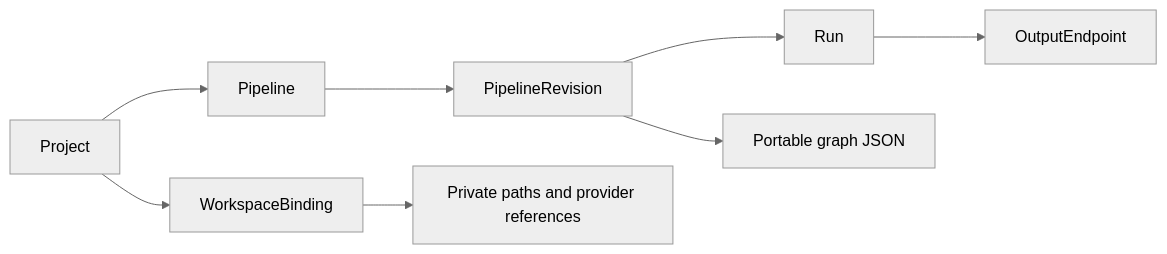
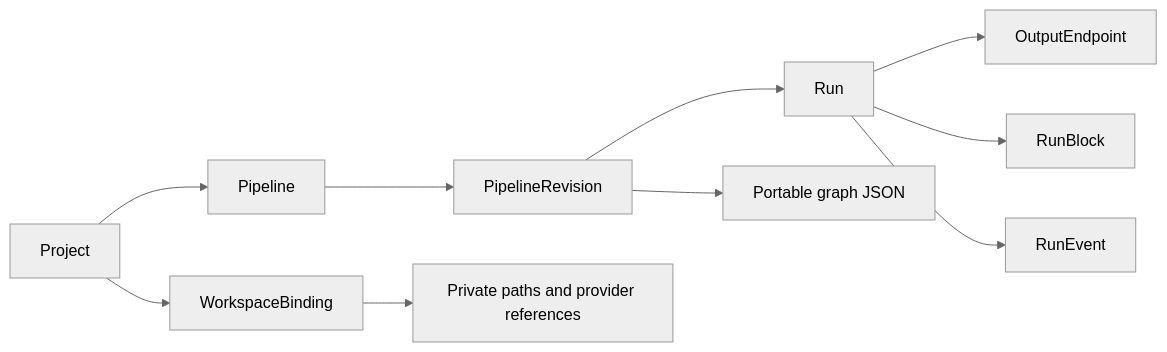
The second of 2 diagrams in docs/architecture/README.md (ham340i/Industrial-Data-Pipelinen-Platform), drawn with Mermaid (neutral theme) before and after one commit. The commit also changed other lines of this file and 4 other files, not shown here.

````diff
--- a/docs/architecture/README.md
+++ b/docs/architecture/README.md
@@ -38,10 +38,12 @@
 ```mermaid
 flowchart LR
     Project --> Pipeline
     Pipeline --> PipelineRevision
     PipelineRevision --> Run
     Run --> OutputEndpoint
+    Run --> RunBlock
+    Run --> RunEvent
     Project --> WorkspaceBinding
     PipelineRevision --> PortableJSON[Portable graph JSON]
     WorkspaceBinding --> Private[Private paths and provider references]
 ```
````
